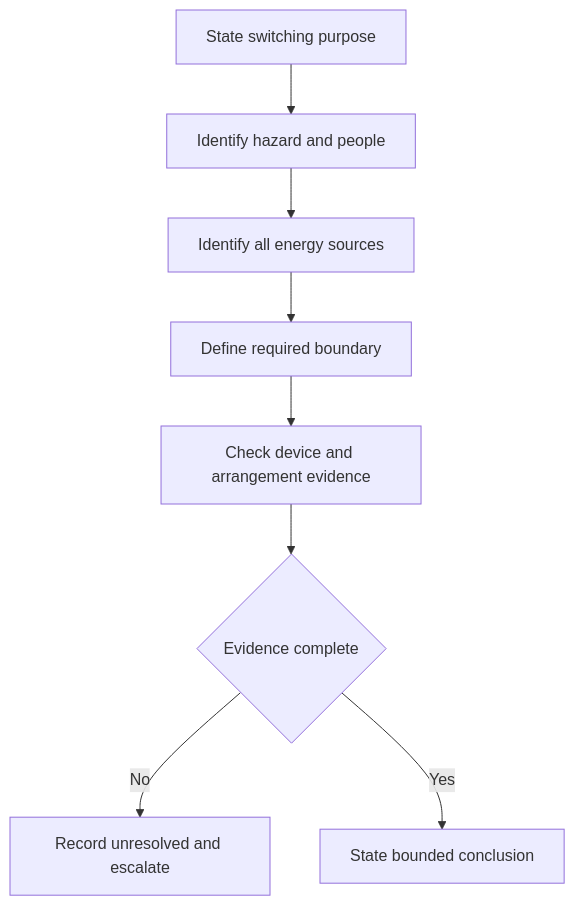
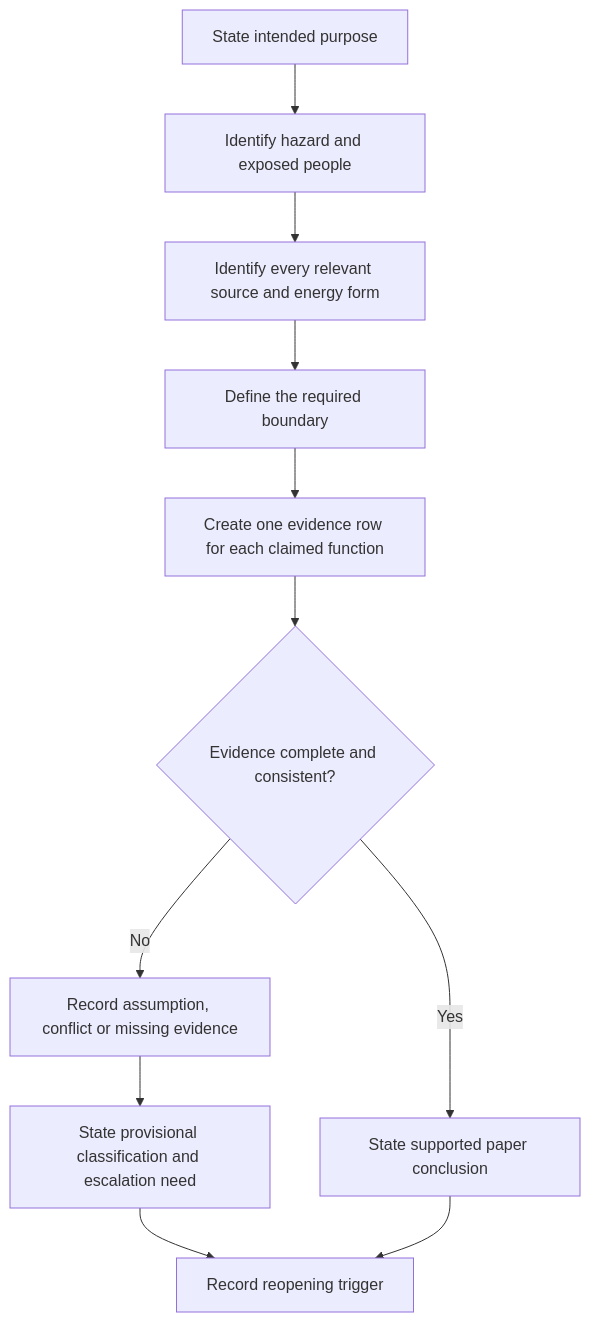
One commit to andrew3stedall/capstone changed the first of 2 diagrams in docs/learning-plans/6-week/modules/day-22-functional-switching-isolation-and-emergency-switching-distinctions.md. Above: the diagram before and after it, drawn with Mermaid. The commit also changed other lines of this file and 4 other files, not shown here.

Commit message:
Improve Day 22 switching-function distinctions

````diff
--- a/docs/learning-plans/6-week/modules/day-22-functional-switching-isolation-and-emergency-switching-distinctions.md
+++ b/docs/learning-plans/6-week/modules/day-22-functional-switching-isolation-and-emergency-switching-distinctions.md
@@ -51,10 +99,13 @@
 ```mermaid
 flowchart TD
-    A[State switching purpose] --> B[Identify hazard and people]
-    B --> C[Identify all energy sources]
-    C --> D[Define required boundary]
-    D --> E[Check device and arrangement evidence]
-    E --> F{Evidence complete}
-    F -->|No| G[Record unresolved and escalate]
-    F -->|Yes| H[State bounded conclusion]
+    A[State intended purpose] --> B[Identify hazard and exposed people]
+    B --> C[Identify every relevant source and energy form]
+    C --> D[Define the required boundary]
+    D --> E[Create one evidence row for each claimed function]
+    E --> F{Evidence complete and consistent?}
+    F -->|No| G[Record assumption, conflict or missing evidence]
+    G --> H[State provisional classification and escalation need]
+    F -->|Yes| I[State supported paper conclusion]
+    H --> J[Record reopening trigger]
+    I --> J
 ```
````
